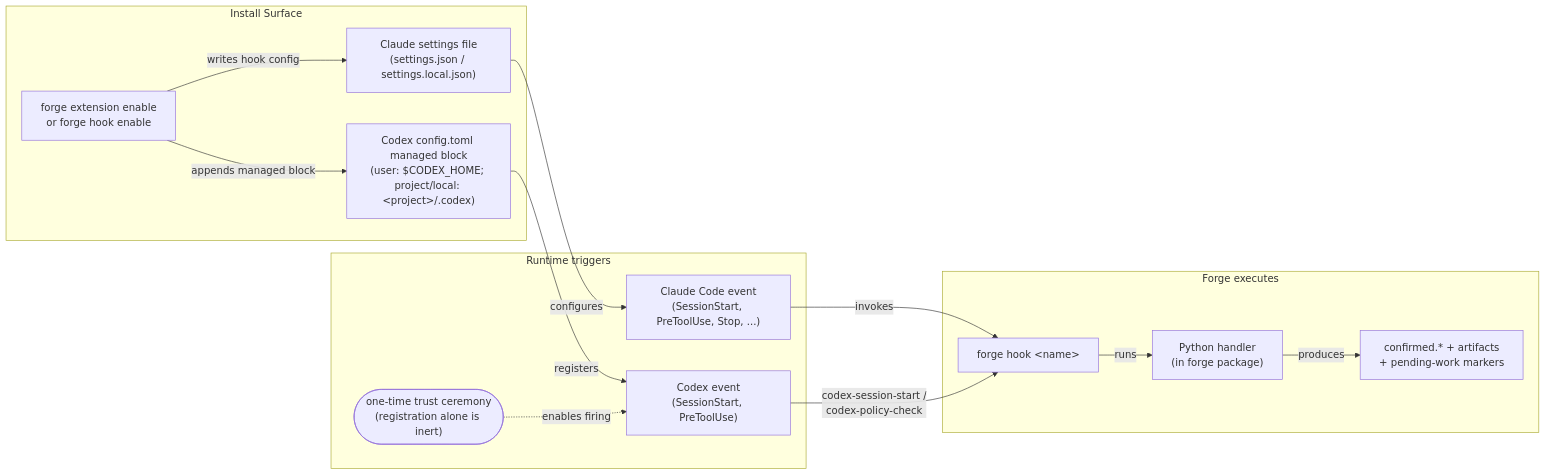
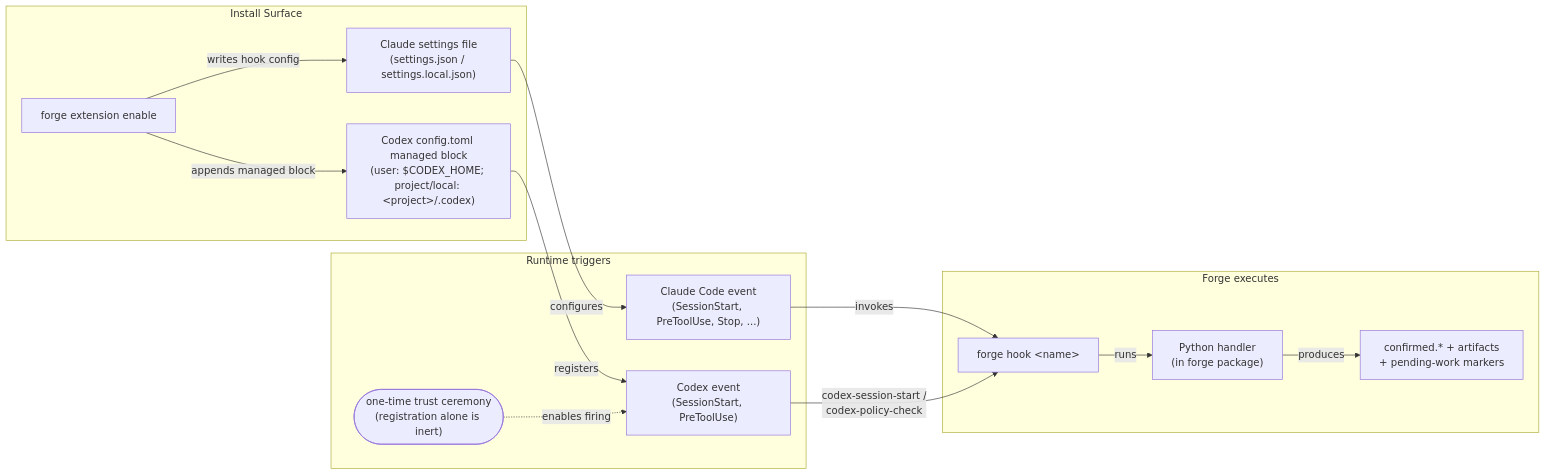
Before and after one commit to hapa1i/multi-forge: the fifth of 10 diagrams in docs/diagrams.md, drawn with Mermaid. The commit also changed 30 other files, not shown here.

````diff
--- a/docs/diagrams.md
+++ b/docs/diagrams.md
@@ -227,30 +227,30 @@
 ```mermaid
 flowchart LR
     subgraph Installation["Install Surface"]
-        Installer["forge extension enable<br/>or forge hook enable"]
+        Installer["forge extension enable"]
         Settings["Claude settings file<br/>(settings.json / settings.local.json)"]
         CodexCfg["Codex config.toml managed block<br/>(user: $CODEX_HOME; project/local: &lt;project&gt;/.codex)"]
         Installer -->|writes hook config| Settings
         Installer -->|appends managed block| CodexCfg
     end
 
     subgraph Triggers["Runtime triggers"]
         ClaudeEvt["Claude Code event<br/>(SessionStart, PreToolUse, Stop, ...)"]
         CodexEvt["Codex event<br/>(SessionStart, PreToolUse)"]
         Enroll(["one-time trust ceremony<br/>(registration alone is inert)"])
     end
 
     subgraph Execution["Forge executes"]
         CLI2["forge hook &lt;name&gt;"]
         Handler["Python handler<br/>(in forge package)"]
         Outputs["confirmed.* + artifacts<br/>+ pending-work markers"]
     end
 
     Settings -->|configures| ClaudeEvt
     CodexCfg -->|registers| CodexEvt
     Enroll -.->|enables firing| CodexEvt
     ClaudeEvt -->|invokes| CLI2
     CodexEvt -->|"codex-session-start /<br/>codex-policy-check"| CLI2
     CLI2 -->|runs| Handler
     Handler -->|produces| Outputs
 ```
````
